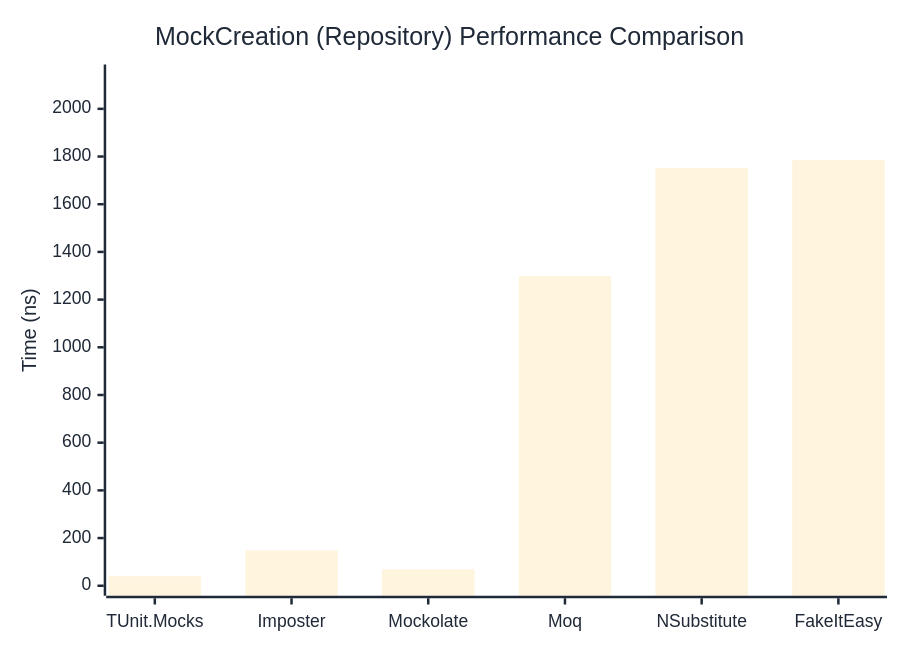
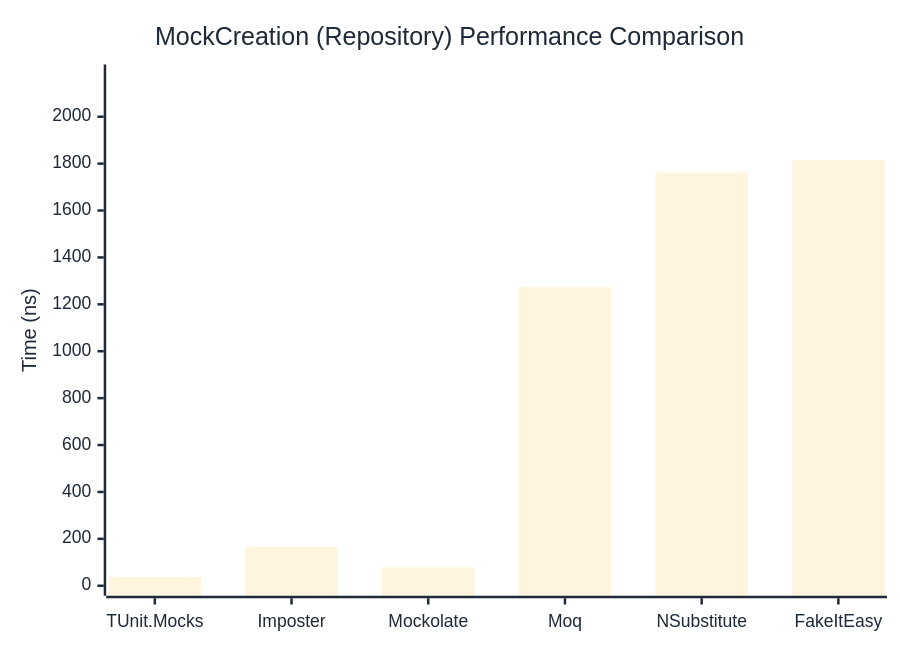
The second of 2 diagrams in docs/docs/benchmarks/mocks/MockCreation.md (thomhurst/TUnit), drawn with Mermaid before and after one commit. The commit also changed other lines of this file and 14 other files, not shown here.

````diff
--- a/docs/docs/benchmarks/mocks/MockCreation.md
+++ b/docs/docs/benchmarks/mocks/MockCreation.md
@@ -69,27 +69,27 @@
 ```mermaid
 %%{init: {
   'theme':'base',
   'themeVariables': {
     'primaryColor': '#2563eb',
     'primaryTextColor': '#1f2937',
     'primaryBorderColor': '#1e40af',
     'lineColor': '#6b7280',
     'secondaryColor': '#7c3aed',
     'tertiaryColor': '#dc2626',
     'background': '#ffffff',
     'pie1': '#2563eb',
     'pie2': '#7c3aed',
     'pie3': '#dc2626',
     'pie4': '#f59e0b',
     'pie5': '#10b981',
     'pie6': '#06b6d4',
     'pie7': '#ec4899',
     'pie8': '#6366f1'
   }
 }}%%
 xychart-beta
   title "MockCreation (Repository) Performance Comparison"
   x-axis ["TUnit.Mocks", "Imposter", "Mockolate", "Moq", "NSubstitute", "FakeItEasy"]
-  y-axis "Time (ns)" 0 --> 2144
-  bar [40.53, 148.69, 68.94, 1299.41, 1752.02, 1786.36]
+  y-axis "Time (ns)" 0 --> 2180
+  bar [37.85, 164.57, 78.38, 1273.79, 1762.02, 1815.85]
 ```
````
